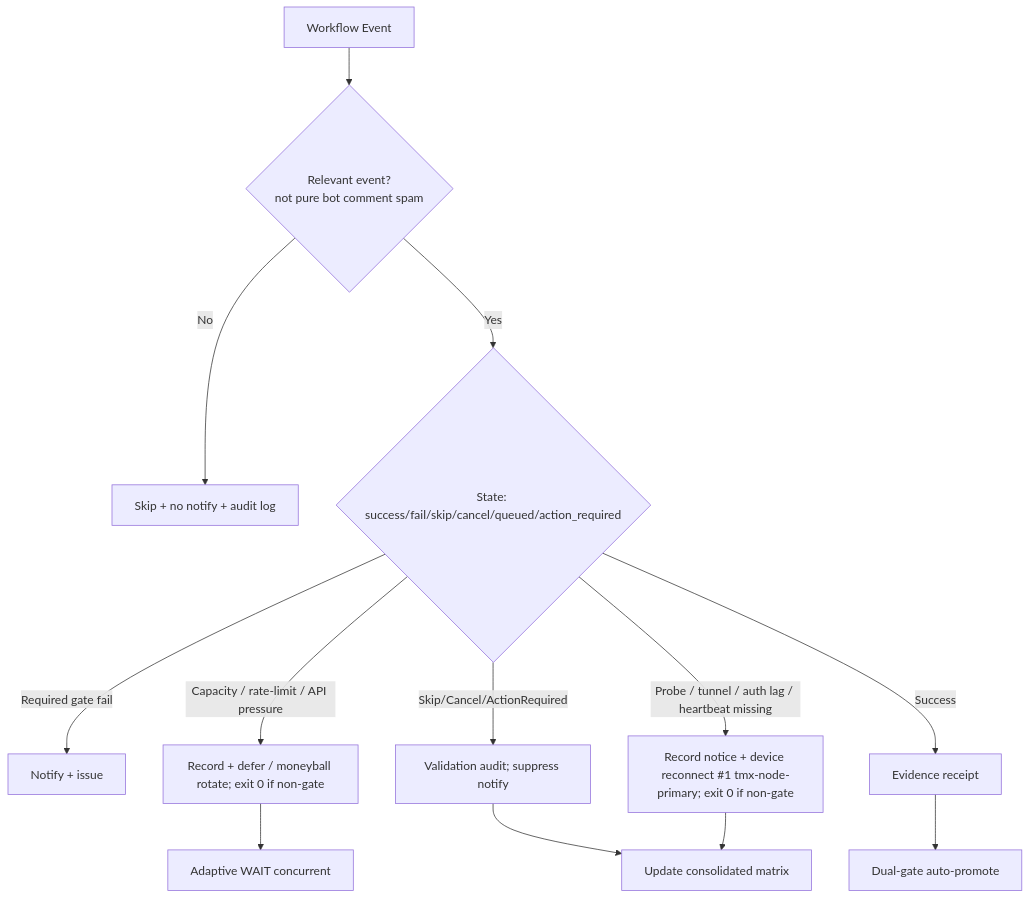
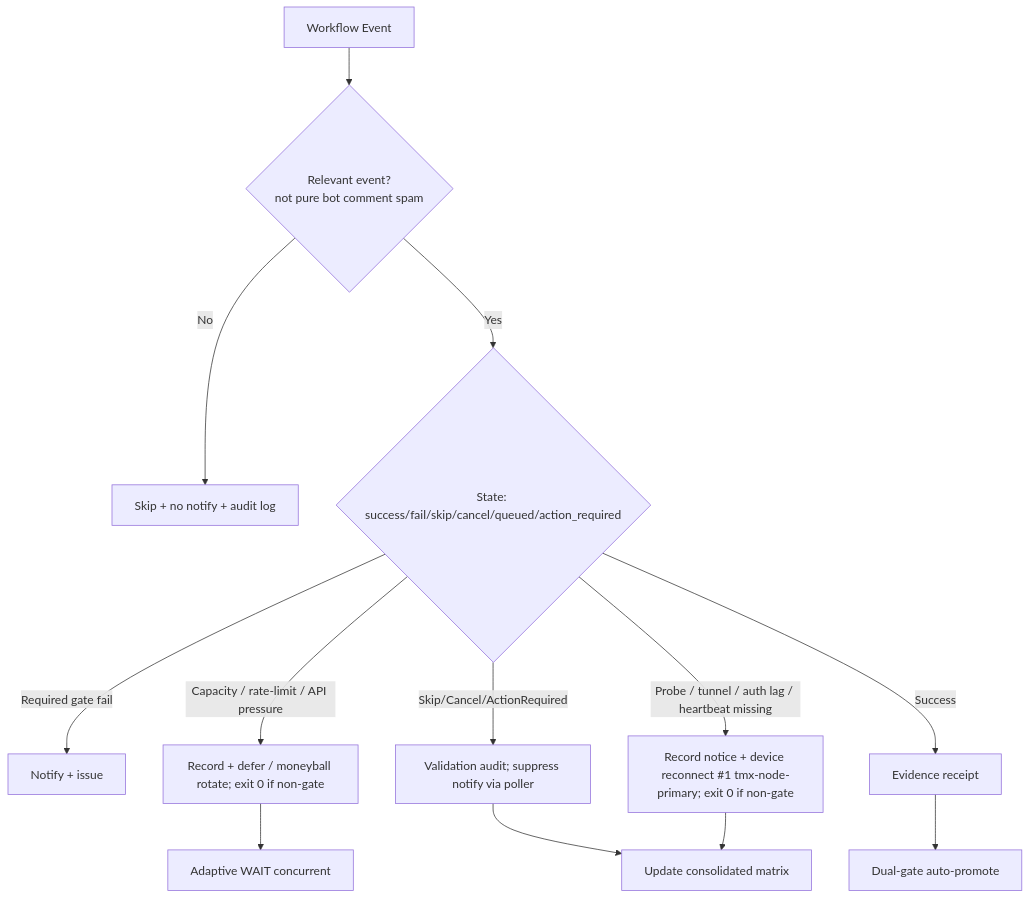
Before and after one commit to timerloggedout-spec/termux-monorepo: the diagram in docs/ops/ACTIONS-CONSOLIDATED-MATRIX-2026-10-21.md, drawn with Mermaid. The commit also changed other lines of this file, not shown here.

Commit message:
docs(ops): live refresh matrix with residual skip audit + device lag status (2026-10-25)

````diff
--- a/docs/ops/ACTIONS-CONSOLIDATED-MATRIX-2026-10-21.md
+++ b/docs/ops/ACTIONS-CONSOLIDATED-MATRIX-2026-10-21.md
@@ -41,15 +38,15 @@
 ```mermaid
 flowchart TD
   Event[Workflow Event] --> Filter{Relevant event?<br/>not pure bot comment spam}
   Filter -->|No| Skip[Skip + no notify + audit log]
   Filter -->|Yes| Classify{State: success/fail/skip/cancel/queued/action_required}
   Classify -->|Required gate fail| Alert[Notify + issue]
   Classify -->|Capacity / rate-limit / API pressure| Quota[Record + defer / moneyball rotate; exit 0 if non-gate]
-  Classify -->|Skip/Cancel/ActionRequired| Audit[Validation audit; suppress notify]
+  Classify -->|Skip/Cancel/ActionRequired| Audit[Validation audit; suppress notify via poller]
   Classify -->|Success| Record[Evidence receipt]
   Classify -->|Probe / tunnel / auth lag / heartbeat missing| Device[Record notice + device reconnect #1 tmx-node-primary; exit 0 if non-gate]
   Quota --> Wait[Adaptive WAIT concurrent]
   Audit --> Matrix[Update consolidated matrix]
   Record --> Promote[Dual-gate auto-promote]
   Device --> Matrix
 ```
````
